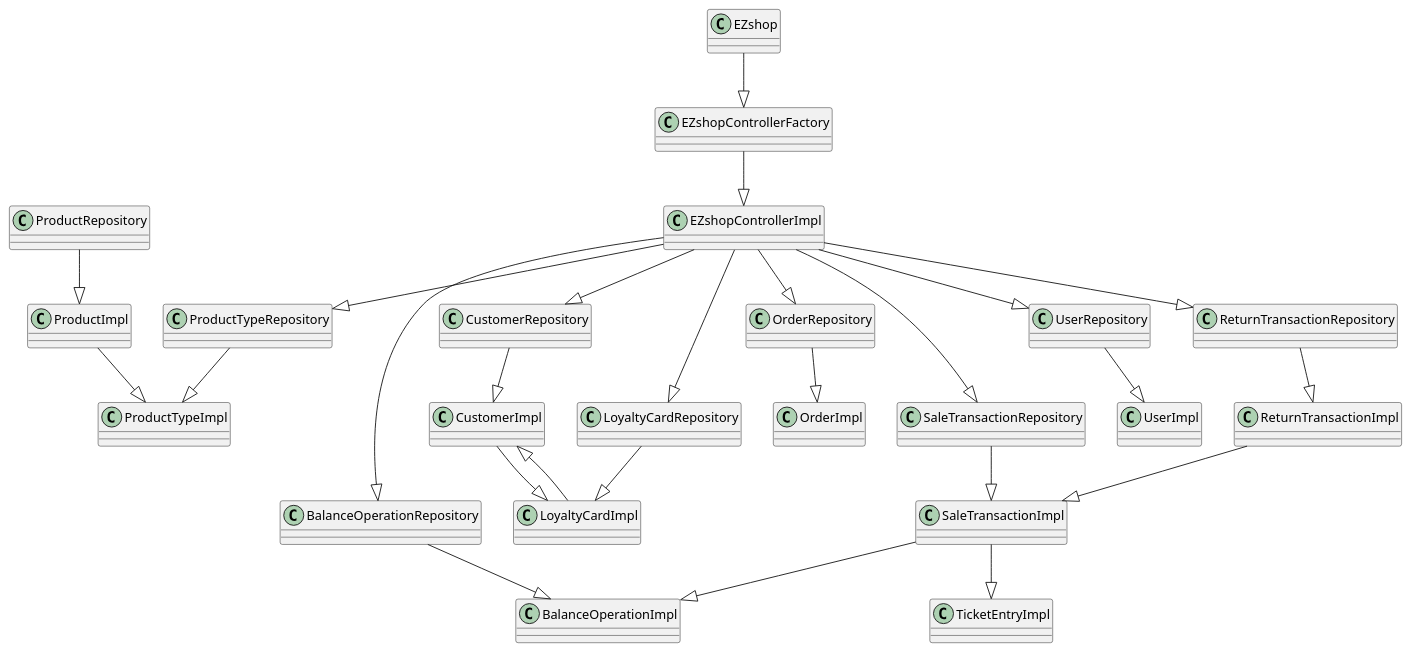
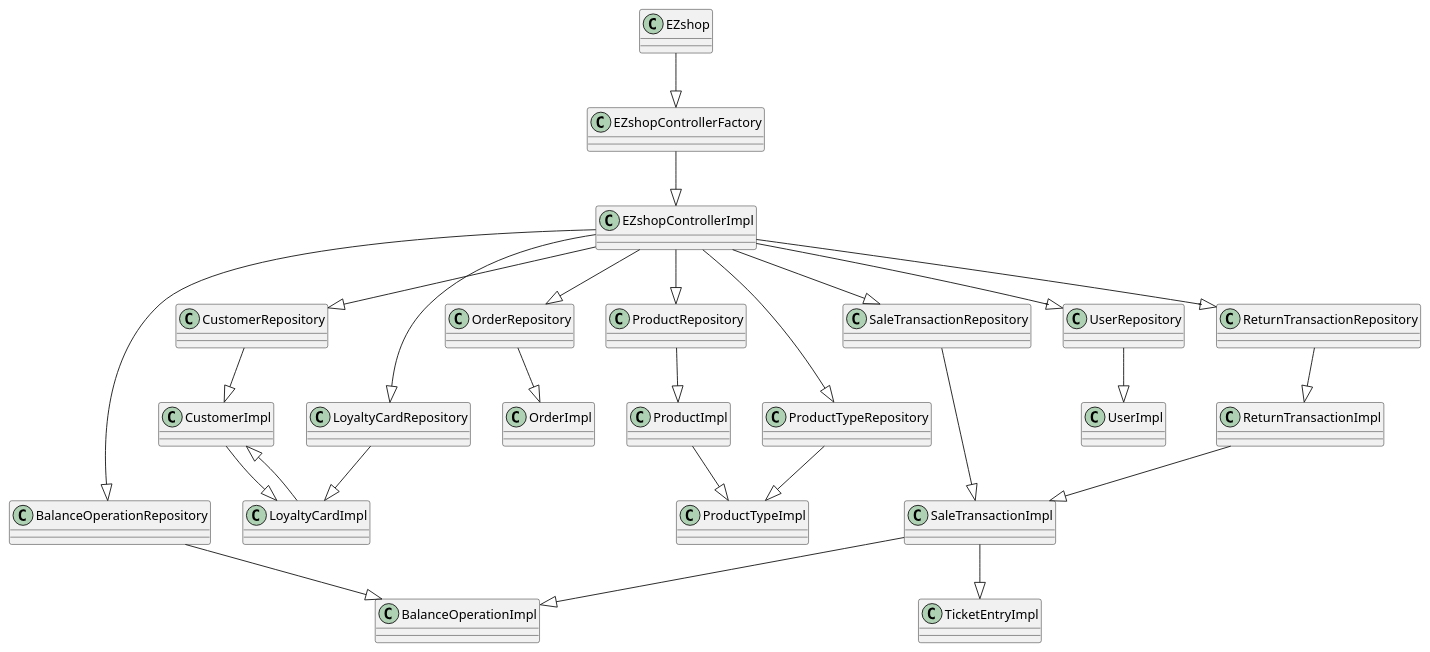
Before and after one commit to mspronesti/ezshop: the diagram in Deliverables/IntegrationAPITestReport.md, drawn with PlantUML. The commit also changed other lines of this file, not shown here.

````diff
--- a/Deliverables/IntegrationAPITestReport.md
+++ b/Deliverables/IntegrationAPITestReport.md
@@ -103,7 +103,7 @@
 EZshopControllerImpl --|> ReturnTransactionRepository
 EZshopControllerImpl --|> SaleTransactionRepository
 EZshopControllerImpl --|>  UserRepository
-
+EZshopControllerImpl --|>  ProductRepository
 
 @enduml
 ```
````
